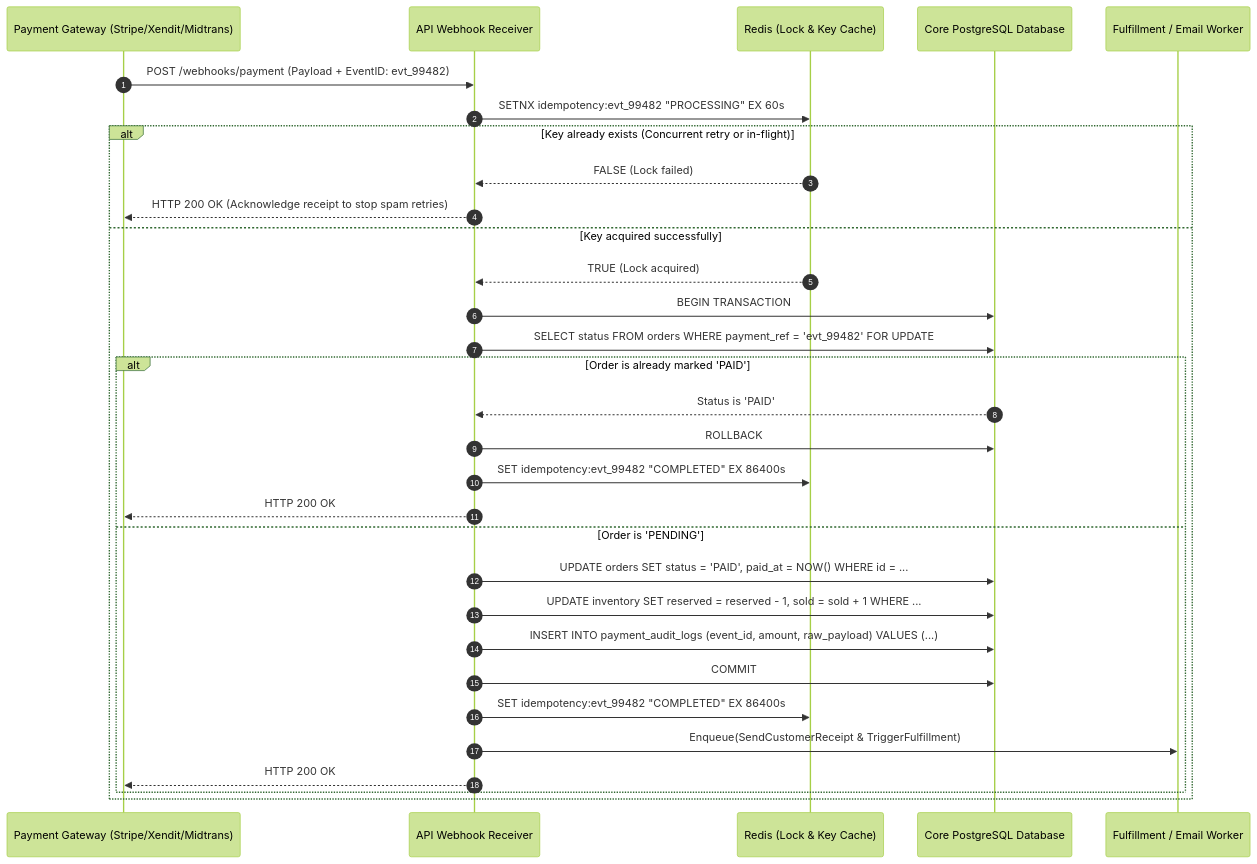
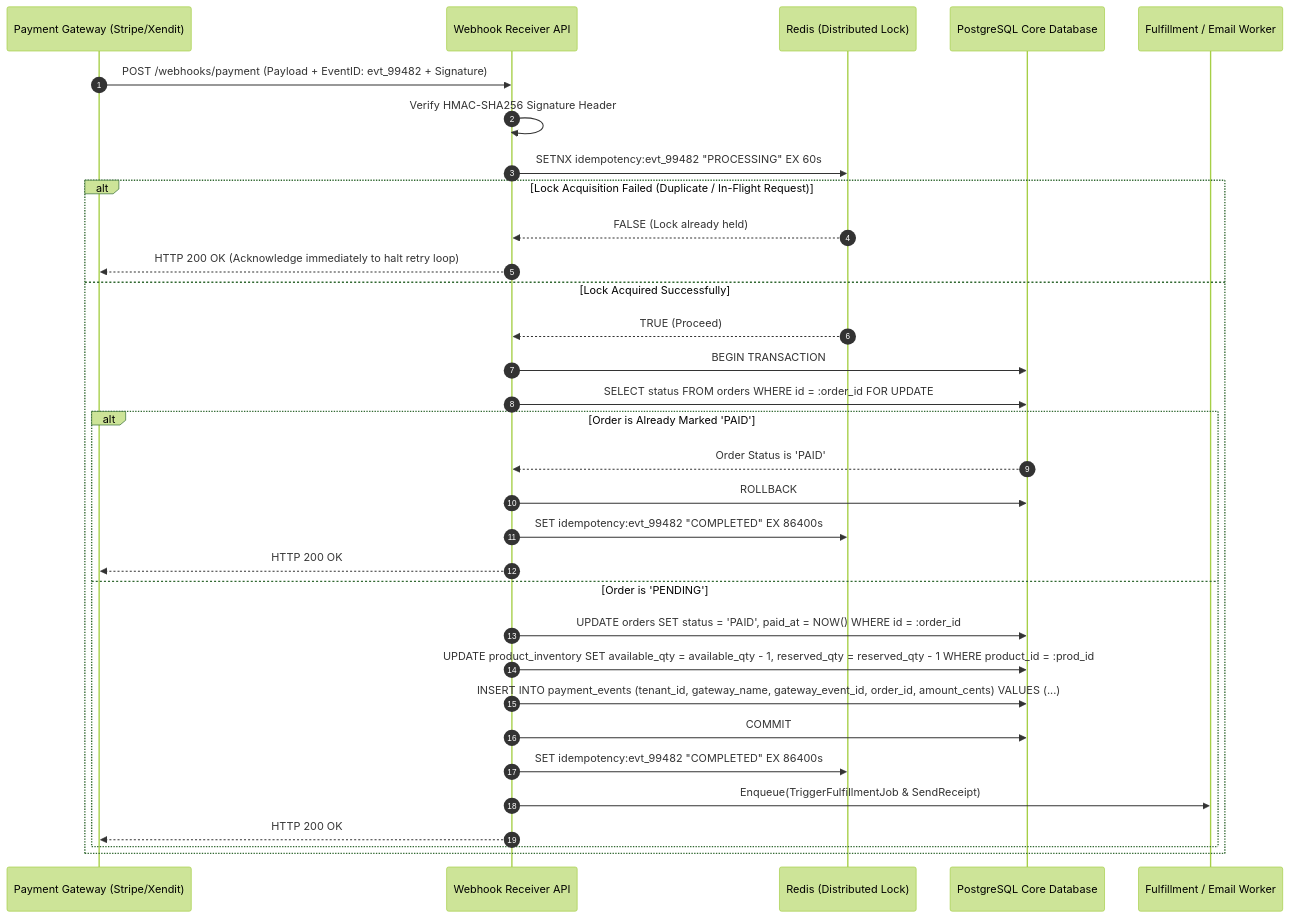
Before and after one commit to reviveproject4-source/OpenBSA: the diagram in 06-edge-cases-and-anti-failure/01-payment-idempotency-and-webhook-reconciliation.md, drawn with Mermaid (forest theme). The commit also changed other lines of this file and 18 other files, not shown here.

````diff
--- a/06-edge-cases-and-anti-failure/01-payment-idempotency-and-webhook-reconciliation.md
+++ b/06-edge-cases-and-anti-failure/01-payment-idempotency-and-webhook-reconciliation.md
@@ -18,34 +30,37 @@
 ```mermaid
 sequenceDiagram
     autonumber
-    participant Gateway as Payment Gateway (Stripe/Xendit/Midtrans)
-    participant Webhook as API Webhook Receiver
-    participant Cache as Redis (Lock & Key Cache)
-    participant DB as Core PostgreSQL Database
+    participant Gateway as Payment Gateway (Stripe/Xendit)
+    participant Receiver as Webhook Receiver API
+    participant Cache as Redis (Distributed Lock)
+    participant DB as PostgreSQL Core Database
     participant Worker as Fulfillment / Email Worker
 
-    Gateway->>Webhook: POST /webhooks/payment (Payload + EventID: evt_99482)
-    Webhook->>Cache: SETNX idempotency:evt_99482 "PROCESSING" EX 60s
-    alt Key already exists (Concurrent retry or in-flight)
-        Cache-->>Webhook: FALSE (Lock failed)
-        Webhook-->>Gateway: HTTP 200 OK (Acknowledge receipt to stop spam retries)
-    else Key acquired successfully
-        Cache-->>Webhook: TRUE (Lock acquired)
-        Webhook->>DB: BEGIN TRANSACTION;
-        Webhook->>DB: SELECT status FROM orders WHERE payment_ref = 'evt_99482' FOR UPDATE;
-        alt Order is already marked 'PAID'
-            DB-->>Webhook: Status is 'PAID'
-            Webhook->>DB: ROLLBACK;
-            Webhook->>Cache: SET idempotency:evt_99482 "COMPLETED" EX 86400s
-            Webhook-->>Gateway: HTTP 200 OK
+    Gateway->>Receiver: POST /webhooks/payment (Payload + EventID: evt_99482 + Signature)
+    Receiver->>Receiver: Verify HMAC-SHA256 Signature Header
+    
+    Receiver->>Cache: SETNX idempotency:evt_99482 "PROCESSING" EX 60s
+    alt Lock Acquisition Failed (Duplicate / In-Flight Request)
+        Cache-->>Receiver: FALSE (Lock already held)
+        Receiver-->>Gateway: HTTP 200 OK (Acknowledge immediately to halt retry loop)
+    else Lock Acquired Successfully
+        Cache-->>Receiver: TRUE (Proceed)
+        Receiver->>DB: BEGIN TRANSACTION;
+        Receiver->>DB: SELECT status FROM orders WHERE id = :order_id FOR UPDATE;
+        
+        alt Order is Already Marked 'PAID'
+            DB-->>Receiver: Order Status is 'PAID'
+            Receiver->>DB: ROLLBACK;
+            Receiver->>Cache: SET idempotency:evt_99482 "COMPLETED" EX 86400s
+            Receiver-->>Gateway: HTTP 200 OK
         else Order is 'PENDING'
-            Webhook->>DB: UPDATE orders SET status = 'PAID', paid_at = NOW() WHERE id = ...;
-            Webhook->>DB: UPDATE inventory SET reserved = reserved - 1, sold = sold + 1 WHERE ...;
-            Webhook->>DB: INSERT INTO payment_audit_logs (event_id, amount, raw_payload) VALUES (...);
-            Webhook->>DB: COMMIT;
-            Webhook->>Cache: SET idempotency:evt_99482 "COMPLETED" EX 86400s
-            Webhook->>Worker: Enqueue(SendCustomerReceipt & TriggerFulfillment)
-            Webhook-->>Gateway: HTTP 200 OK
+            Receiver->>DB: UPDATE orders SET status = 'PAID', paid_at = NOW() WHERE id = :order_id;
+            Receiver->>DB: UPDATE product_inventory SET available_qty = available_qty - 1, reserved_qty = reserved_qty - 1 WHERE product_id = :prod_id;
+            Receiver->>DB: INSERT INTO payment_events (tenant_id, gateway_name, gateway_event_id, order_id, amount_cents) VALUES (...);
+            Receiver->>DB: COMMIT;
+            Receiver->>Cache: SET idempotency:evt_99482 "COMPLETED" EX 86400s
+            Receiver->>Worker: Enqueue(TriggerFulfillmentJob & SendReceipt)
+            Receiver-->>Gateway: HTTP 200 OK
         end
     end
 ```
````
